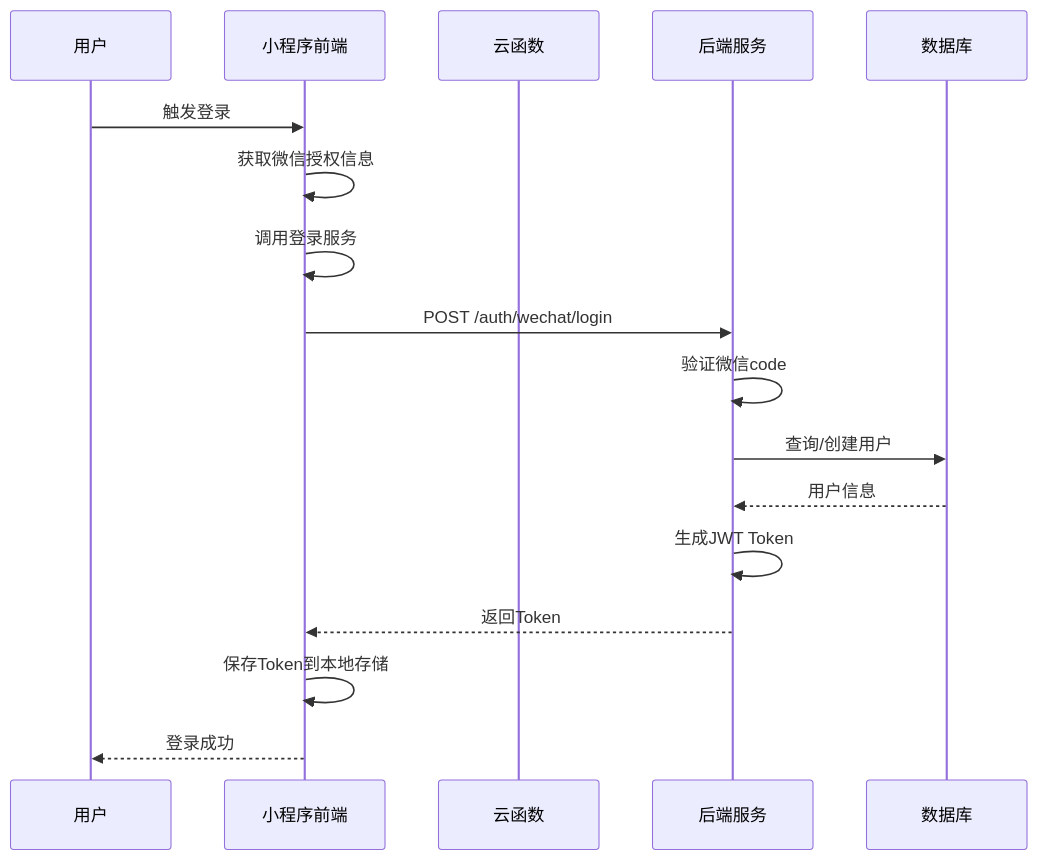
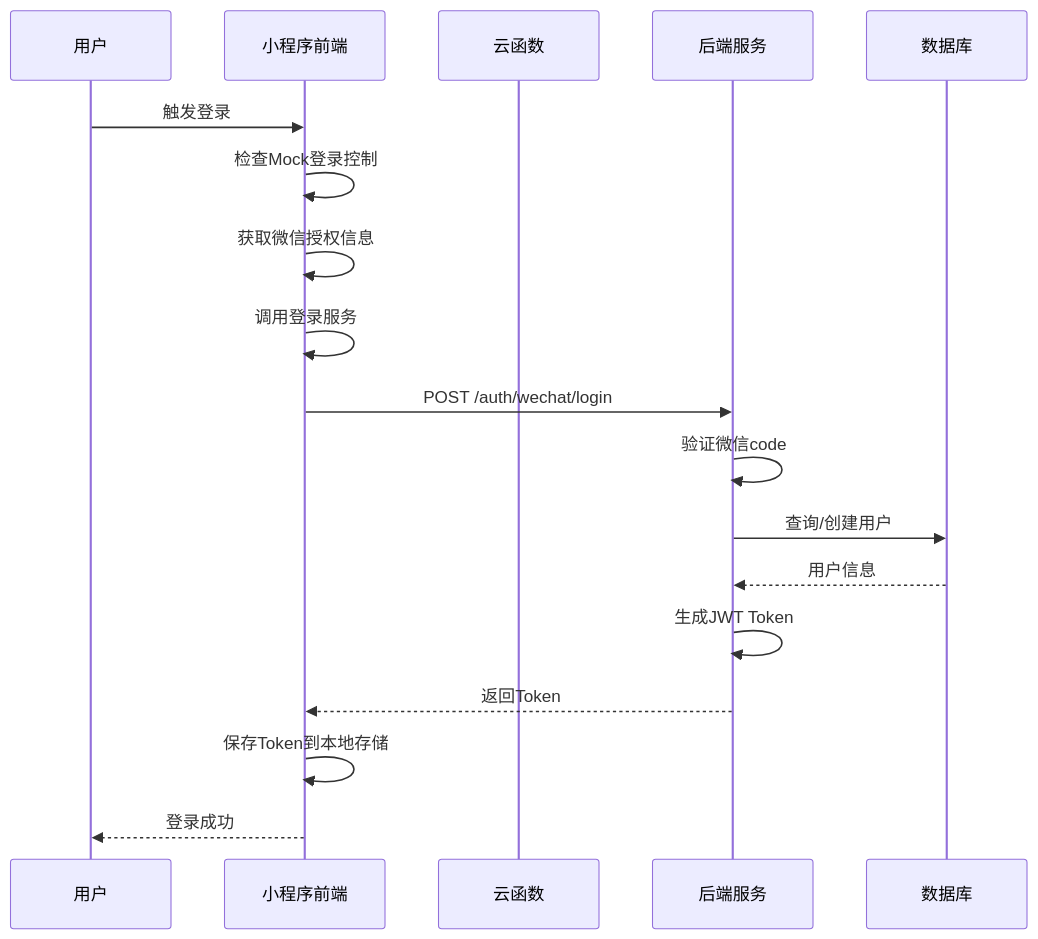
The second of 12 diagrams in .qoder/repowiki/zh/content/Miniprogram Authentication Flow.md (guyuefangyuanl/Over-the-counter-options), drawn with Mermaid before and after one commit. The commit also changed other lines of this file and 29 other files, not shown here.

````diff
--- a/.qoder/repowiki/zh/content/Miniprogram Authentication Flow.md
+++ b/.qoder/repowiki/zh/content/Miniprogram Authentication Flow.md
@@ -88,19 +96,20 @@
 ```mermaid
 sequenceDiagram
 participant User as 用户
 participant MiniApp as 小程序前端
 participant CloudFunc as 云函数
 participant Backend as 后端服务
 participant DB as 数据库
 User->>MiniApp : 触发登录
+MiniApp->>MiniApp : 检查Mock登录控制
 MiniApp->>MiniApp : 获取微信授权信息
 MiniApp->>MiniApp : 调用登录服务
 MiniApp->>Backend : POST /auth/wechat/login
 Backend->>Backend : 验证微信code
 Backend->>DB : 查询/创建用户
 DB-->>Backend : 用户信息
 Backend->>Backend : 生成JWT Token
 Backend-->>MiniApp : 返回Token
 MiniApp->>MiniApp : 保存Token到本地存储
 MiniApp-->>User : 登录成功
 ```
````
